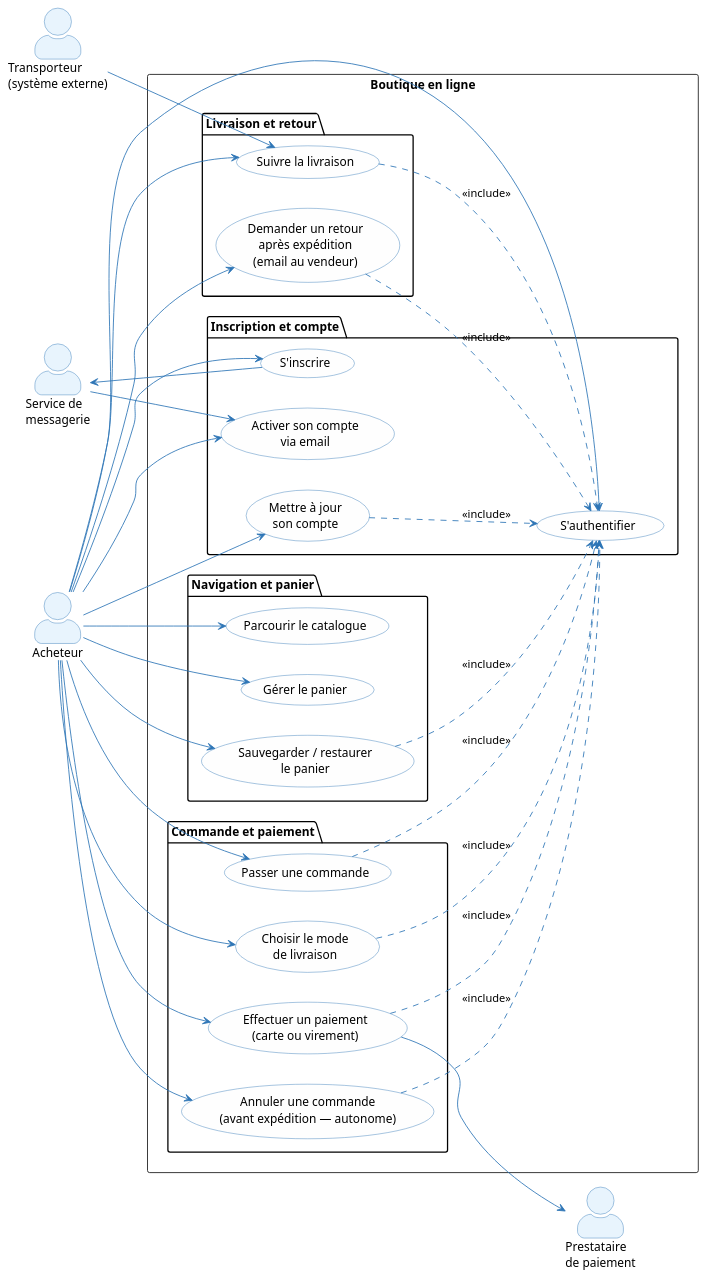
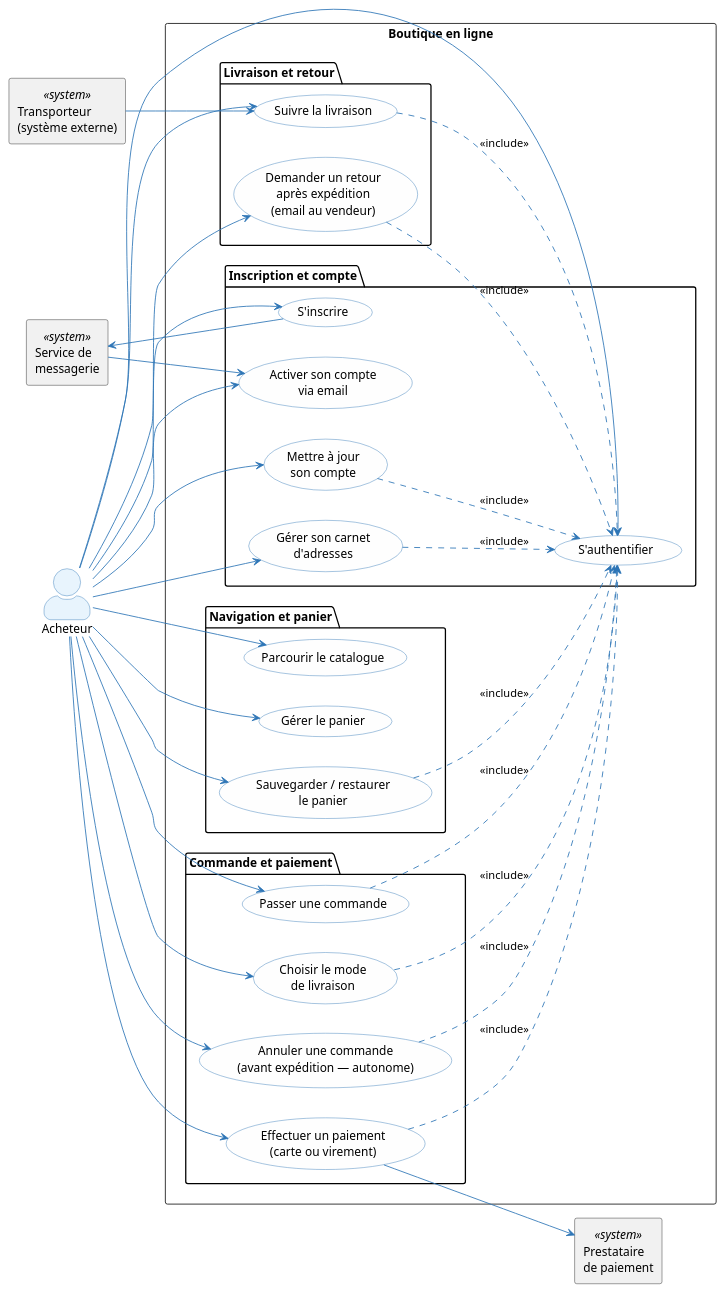
Before and after one commit to louistalvande/online_shop: the third of 4 diagrams in architecture/01-operational-analysis/oa.adoc, drawn with PlantUML. The commit also changed other lines of this file and 6 other files, not shown here.

```diff
--- a/architecture/01-operational-analysis/oa.adoc
+++ b/architecture/01-operational-analysis/oa.adoc
@@ -202,72 +251,75 @@
 [plantuml, oa-uc-buyer, svg]
 ----
 skinparam actorStyle awesome
 skinparam usecase {
   BackgroundColor #FEFEFE
   BorderColor #2E75B6
   ArrowColor #2E75B6
 }
 skinparam actor {
   BackgroundColor #E8F4FD
   BorderColor #2E75B6
 }
 
 left to right direction
 
 actor "Acheteur" as Buyer
-actor "Service de\nmessagerie" as Mail
-actor "Prestataire\nde paiement" as Payment
-actor "Transporteur\n(système externe)" as Carrier
+rectangle "Service de\nmessagerie" as Mail <<system>>
+rectangle "Prestataire\nde paiement" as Payment <<system>>
+rectangle "Transporteur\n(système externe)" as Carrier <<system>>
 
 rectangle "Boutique en ligne" {
   package "Inscription et compte" {
     usecase (S'inscrire) as UC_B0
     usecase (Activer son compte\nvia email) as UC_B0B
     usecase (S'authentifier) as UC_B_AUTH
     usecase (Mettre à jour\nson compte) as UC_B_ACC
+    usecase (Gérer son carnet\nd'adresses) as UC_B_ADDR
   }
   package "Navigation et panier" {
     usecase (Parcourir le catalogue) as UC_B1
     usecase (Gérer le panier) as UC_B2
     usecase (Sauvegarder / restaurer\nle panier) as UC_B2B
   }
   package "Commande et paiement" {
     usecase (Passer une commande) as UC_B3
     usecase (Choisir le mode\nde livraison) as UC_B4B
     usecase "Effectuer un paiement\n(carte ou virement)" as UC_B4
     usecase "Annuler une commande\n(avant expédition — autonome)" as UC_B6
   }
   package "Livraison et retour" {
     usecase (Suivre la livraison) as UC_B5
     usecase "Demander un retour\naprès expédition\n(email au vendeur)" as UC_B7
   }
 }
 
 Buyer --> UC_B0
 Buyer --> UC_B0B
 Buyer --> UC_B_AUTH
 Buyer --> UC_B_ACC
+Buyer --> UC_B_ADDR
 Buyer --> UC_B1
 Buyer --> UC_B2
 Buyer --> UC_B2B
 Buyer --> UC_B3
 Buyer --> UC_B4B
 Buyer --> UC_B4
 Buyer --> UC_B5
 Buyer --> UC_B6
 Buyer --> UC_B7
 
 UC_B_ACC ..> UC_B_AUTH : <<include>>
+UC_B_ADDR ..> UC_B_AUTH : <<include>>
 UC_B2B ..> UC_B_AUTH : <<include>>
 UC_B3 ..> UC_B_AUTH : <<include>>
 UC_B4B ..> UC_B_AUTH : <<include>>
 UC_B4 ..> UC_B_AUTH : <<include>>
 UC_B5 ..> UC_B_AUTH : <<include>>
 UC_B6 ..> UC_B_AUTH : <<include>>
 UC_B7 ..> UC_B_AUTH : <<include>>
 
 UC_B0 --> Mail
 Mail --> UC_B0B
 UC_B4 --> Payment
 Carrier --> UC_B5
 ----
```
